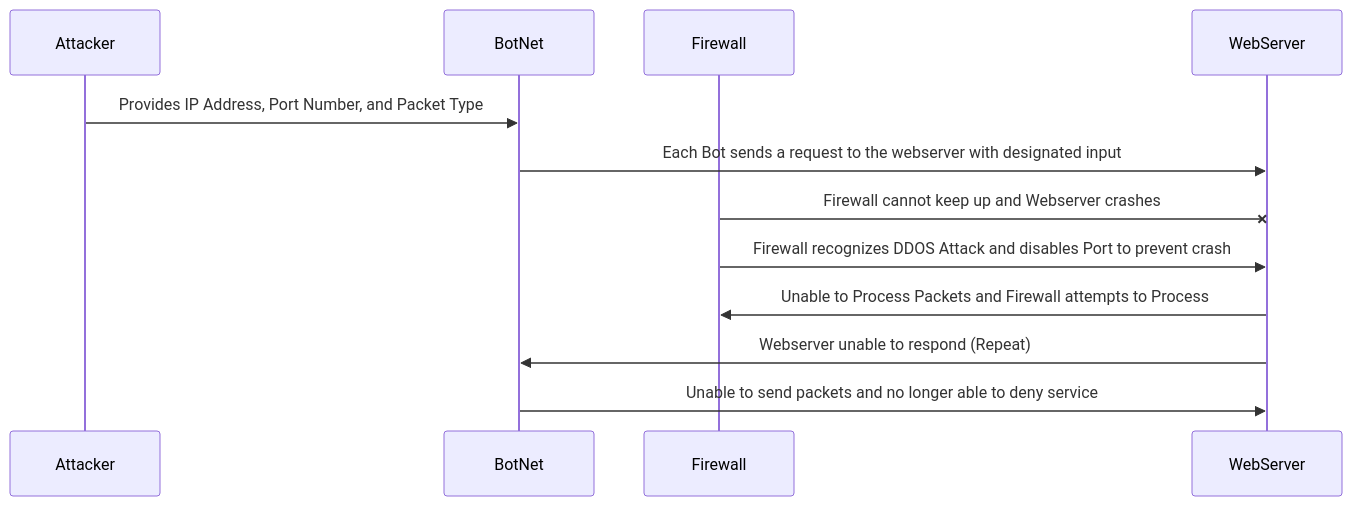
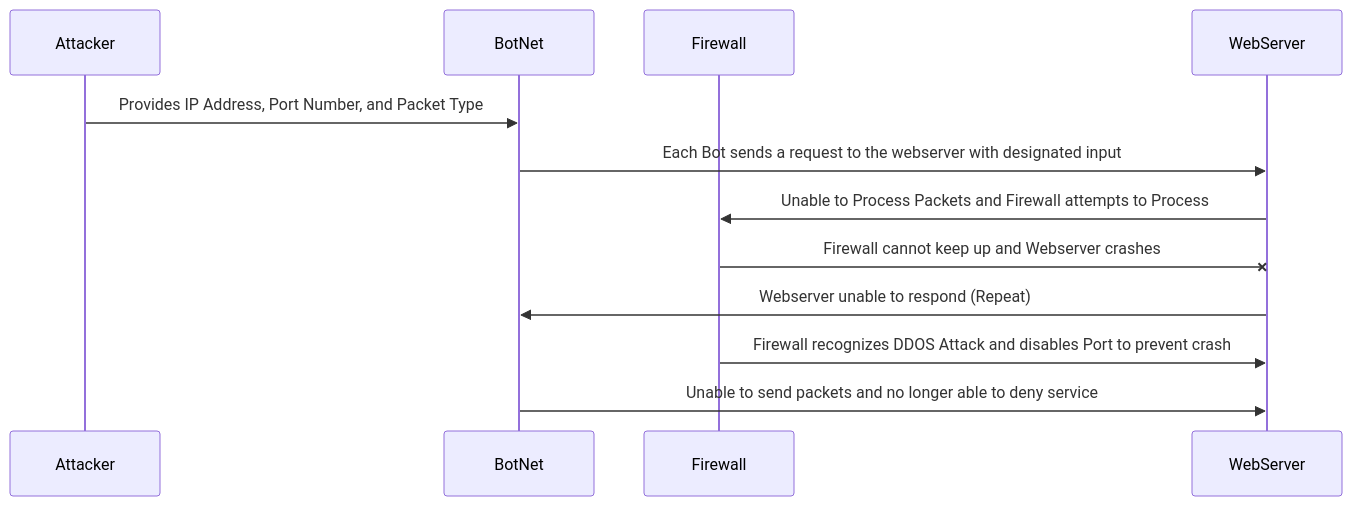
The diagram in Mermaid Diagram/DDOS_Attack_Sequence.md (JrJennings-Edu/JrJennings.github.io), drawn with Mermaid before and after one commit. The commit also changed other lines of this file, not shown here.

First line of the commit message:
Update DDOS_Attack_Sequence.md

````diff
--- a/Mermaid Diagram/DDOS_Attack_Sequence.md
+++ b/Mermaid Diagram/DDOS_Attack_Sequence.md
@@ -1,16 +1,16 @@
 ```mermaid
 sequenceDiagram
 participant Attacker
 participant BotNet
 participant Firewall
 participant WebServer
 
 
 	Attacker ->> BotNet: Provides IP Address, Port Number, and Packet Type
 	BotNet ->> WebServer: Each Bot sends a request to the webserver with designated input
+	WebServer ->> Firewall: Unable to Process Packets and Firewall attempts to Process
 	Firewall -x WebServer: Firewall cannot keep up and Webserver crashes
+	WebServer ->> BotNet: Webserver unable to respond (Repeat)
 	Firewall ->> WebServer: Firewall recognizes DDOS Attack and disables Port to prevent crash
-	WebServer ->> Firewall: Unable to Process Packets and Firewall attempts to Process
-	WebServer ->> BotNet: Webserver unable to respond (Repeat)
 	BotNet ->> WebServer: Unable to send packets and no longer able to deny service
 ```
````
